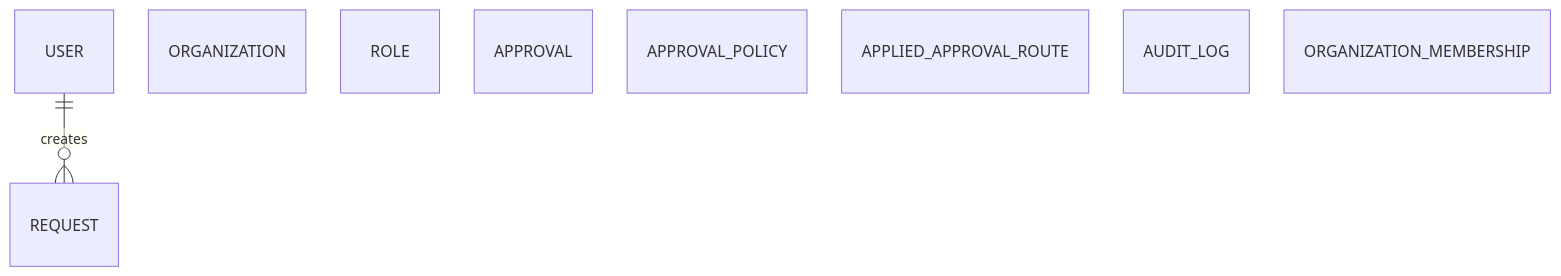
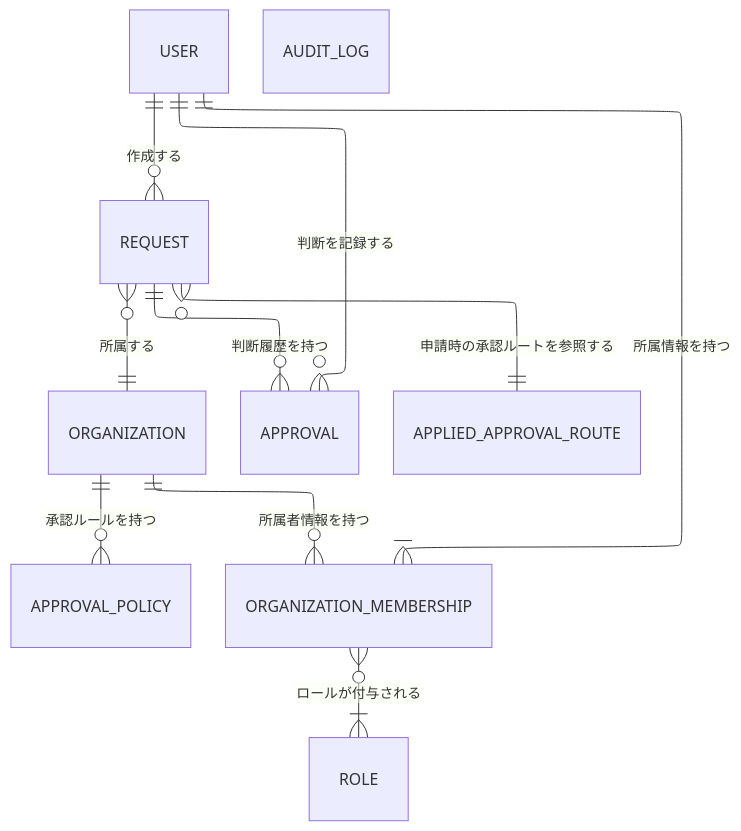
The diagram in docs/er/01_concept-er.md (n-yoshida-dev/orgflow), drawn with Mermaid before and after one commit. The commit also changed other lines of this file and 9 other files, not shown here.

````diff
--- a/docs/er/01_concept-er.md
+++ b/docs/er/01_concept-er.md
@@ -7,21 +18,26 @@
 ```mermaid
 ---
 config:
   layout: elk
 ---
 erDiagram
   USER
   ORGANIZATION
   ROLE
   REQUEST
   APPROVAL
   APPROVAL_POLICY
   APPLIED_APPROVAL_ROUTE
   AUDIT_LOG
   ORGANIZATION_MEMBERSHIP
 
-
-  USER ||--o{ REQUEST : creates
-
-
+  USER ||--o{ REQUEST : 作成する
+  USER ||--o{ APPROVAL : 判断を記録する
+  USER ||--|{ ORGANIZATION_MEMBERSHIP : 所属情報を持つ
+  ORGANIZATION ||--o{ ORGANIZATION_MEMBERSHIP : 所属者情報を持つ
+  ORGANIZATION_MEMBERSHIP }o--|{ ROLE : ロールが付与される
+  REQUEST }o--|| ORGANIZATION : 所属する
+  REQUEST ||--o{ APPROVAL : 判断履歴を持つ
+  REQUEST }o--|| APPLIED_APPROVAL_ROUTE : 申請時の承認ルートを参照する
+  ORGANIZATION ||--o{ APPROVAL_POLICY : 承認ルールを持つ
 ```
````
